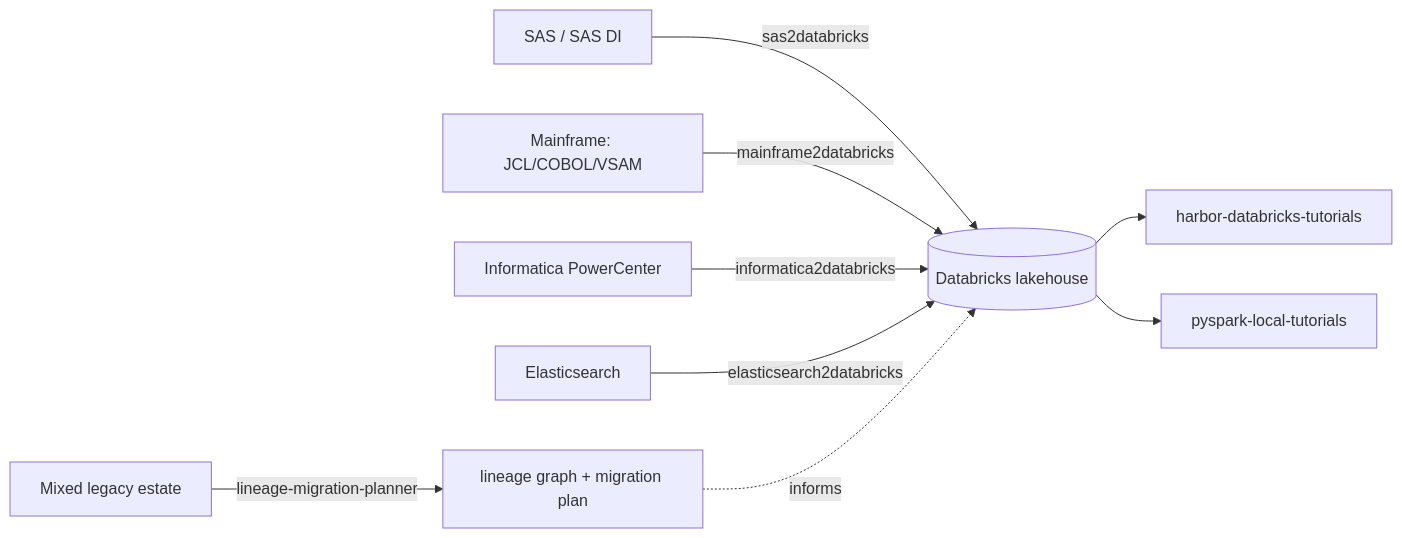
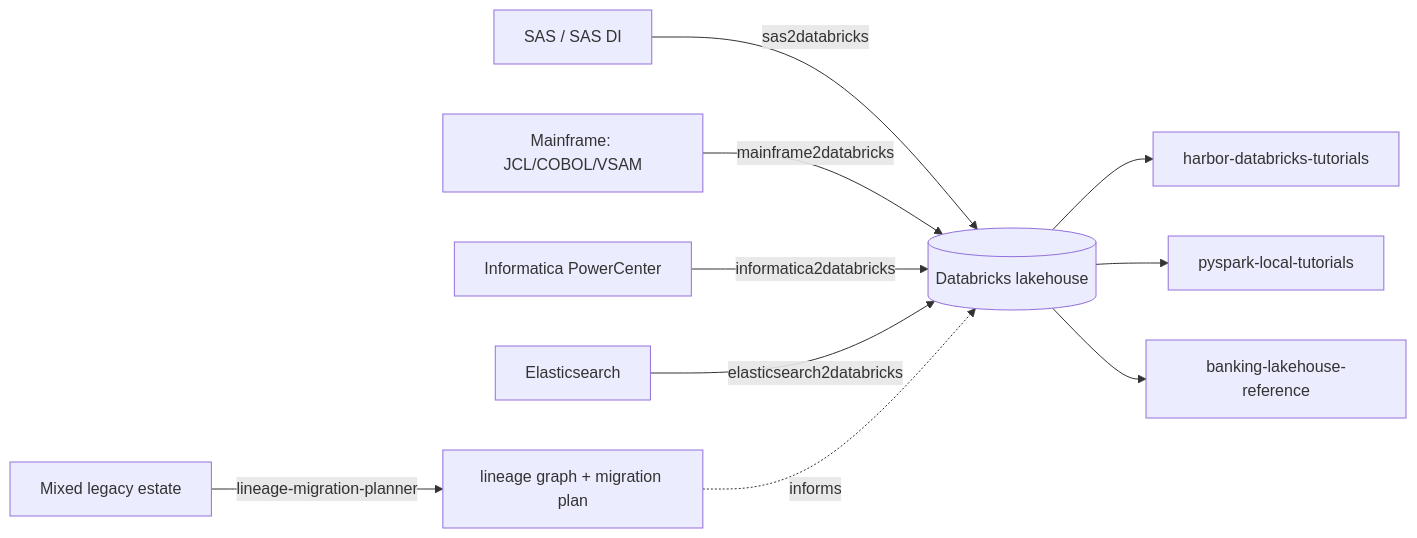
The diagram in README.md (memo8212/migration-demos), drawn with Mermaid before and after one commit. The commit also changed other lines of this file, not shown here.

Commit message:
Add banking-lakehouse-reference to the family

````diff
--- a/README.md
+++ b/README.md
@@ -7,11 +7,12 @@
 ```mermaid
 flowchart LR
   SAS[SAS / SAS DI] -->|sas2databricks| DBX[(Databricks lakehouse)]
   MF[Mainframe: JCL/COBOL/VSAM] -->|mainframe2databricks| DBX
   PC[Informatica PowerCenter] -->|informatica2databricks| DBX
   ES[Elasticsearch] -->|elasticsearch2databricks| DBX
   DBX --> TUT[harbor-databricks-tutorials]
   DBX --> LOCAL[pyspark-local-tutorials]
   EST[Mixed legacy estate] -->|lineage-migration-planner| GRAPH[lineage graph + migration plan]
   GRAPH -. informs .-> DBX
+  DBX --> LAKE[banking-lakehouse-reference]
 ```
````
